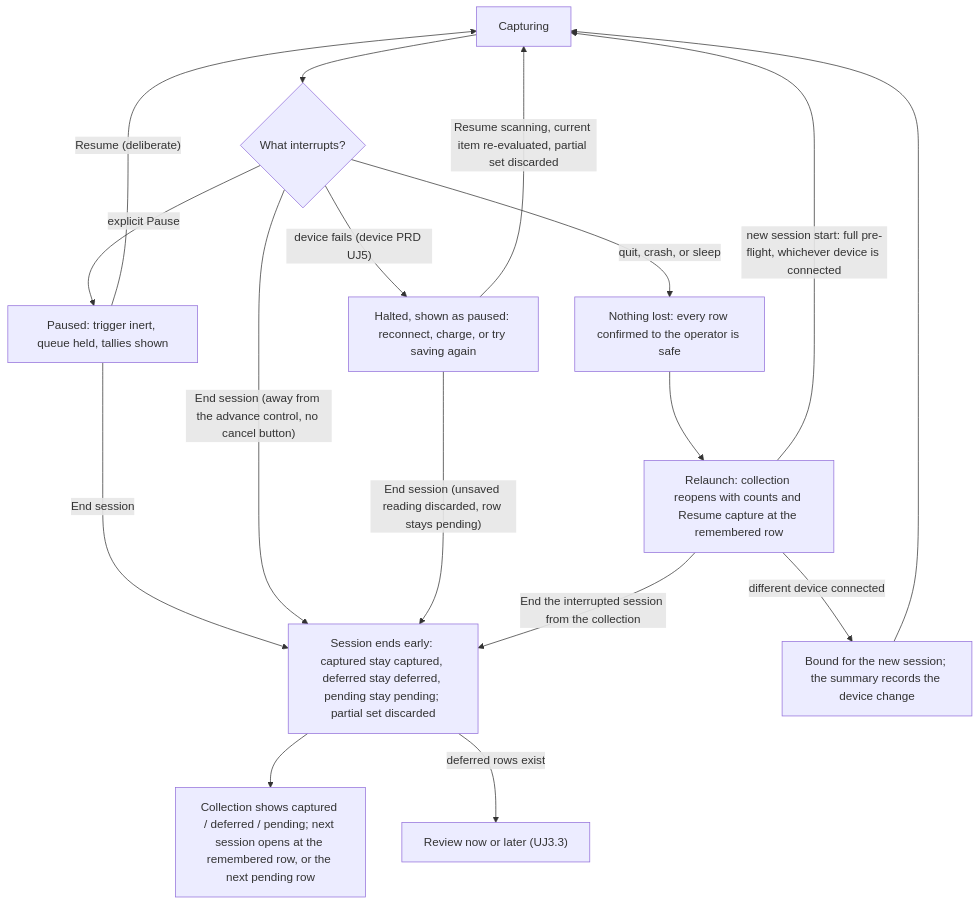
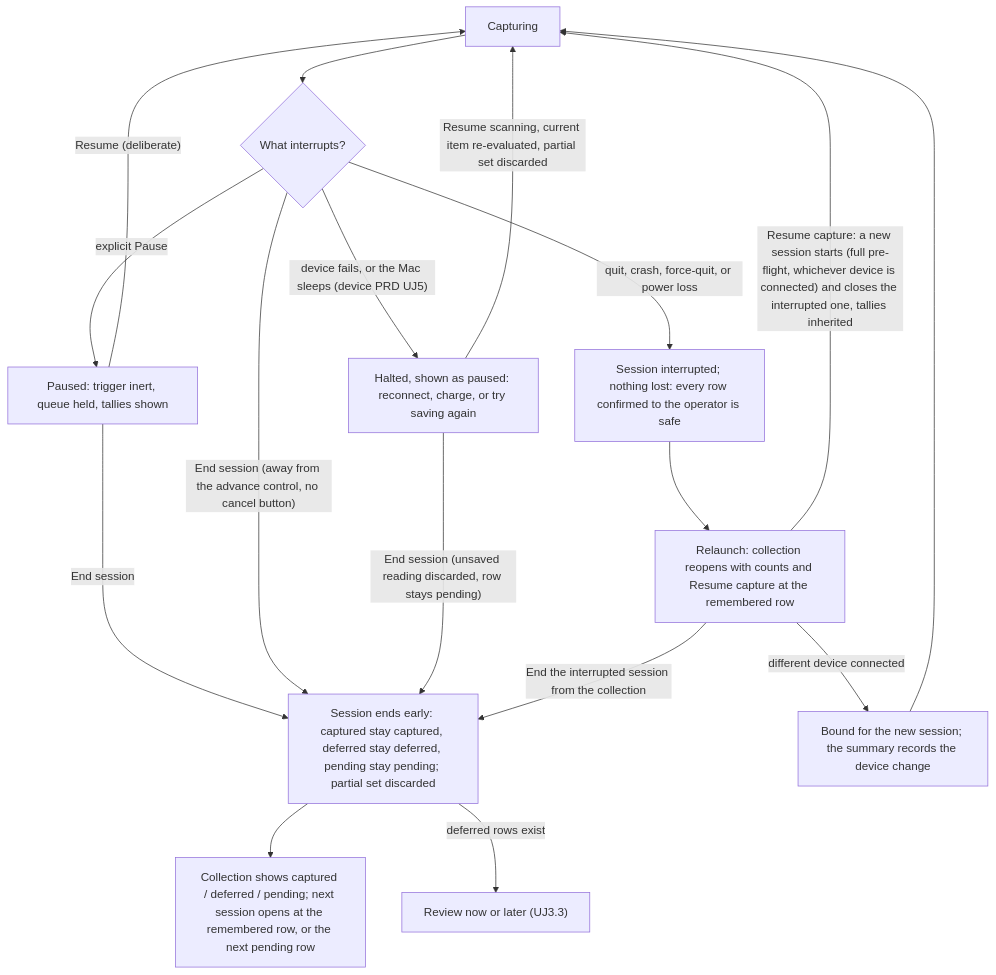
The fifth of 6 diagrams in docs/product/prd-capture-mode.md (vinnyp/spectro-capture), drawn with Mermaid before and after one commit. The commit also changed other lines of this file and 3 other files, not shown here.

````diff
--- a/docs/product/prd-capture-mode.md
+++ b/docs/product/prd-capture-mode.md
@@ -402,19 +413,19 @@
 ```mermaid
 flowchart TD
     A["Capturing"] --> B{What interrupts?}
     B -- "explicit Pause" --> C["Paused: trigger inert, queue held, tallies shown"]
     C -- "Resume (deliberate)" --> A
     C -- "End session" --> E
     B -- "End session (away from the advance control, no cancel button)" --> E["Session ends early: captured stay captured, deferred stay deferred, pending stay pending; partial set discarded"]
-    B -- "device fails (device PRD UJ5)" --> D["Halted, shown as paused: reconnect, charge, or try saving again"]
+    B -- "device fails, or the Mac sleeps (device PRD UJ5)" --> D["Halted, shown as paused: reconnect, charge, or try saving again"]
     D -- "Resume scanning, current item re-evaluated, partial set discarded" --> A
     D -- "End session (unsaved reading discarded, row stays pending)" --> E
-    B -- "quit, crash, or sleep" --> F["Nothing lost: every row confirmed to the operator is safe"]
+    B -- "quit, crash, force-quit, or power loss" --> F["Session interrupted; nothing lost: every row confirmed to the operator is safe"]
     F --> G["Relaunch: collection reopens with counts and Resume capture at the remembered row"]
-    G -- "new session start: full pre-flight, whichever device is connected" --> A
+    G -- "Resume capture: a new session starts (full pre-flight, whichever device is connected) and closes the interrupted one, tallies inherited" --> A
     G -- "different device connected" --> G1["Bound for the new session; the summary records the device change"]
     G1 --> A
     G -- "End the interrupted session from the collection" --> E
     E --> H["Collection shows captured / deferred / pending; next session opens at the remembered row, or the next pending row"]
     E -- "deferred rows exist" --> R["Review now or later (UJ3.3)"]
 ```
````
